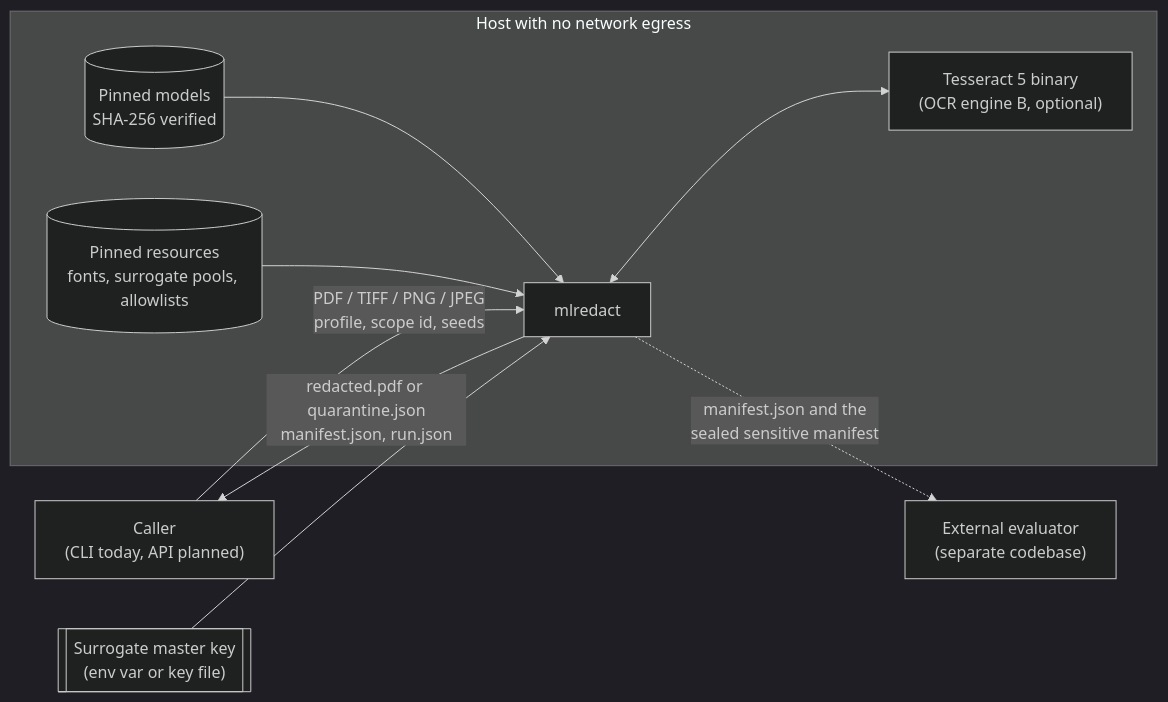
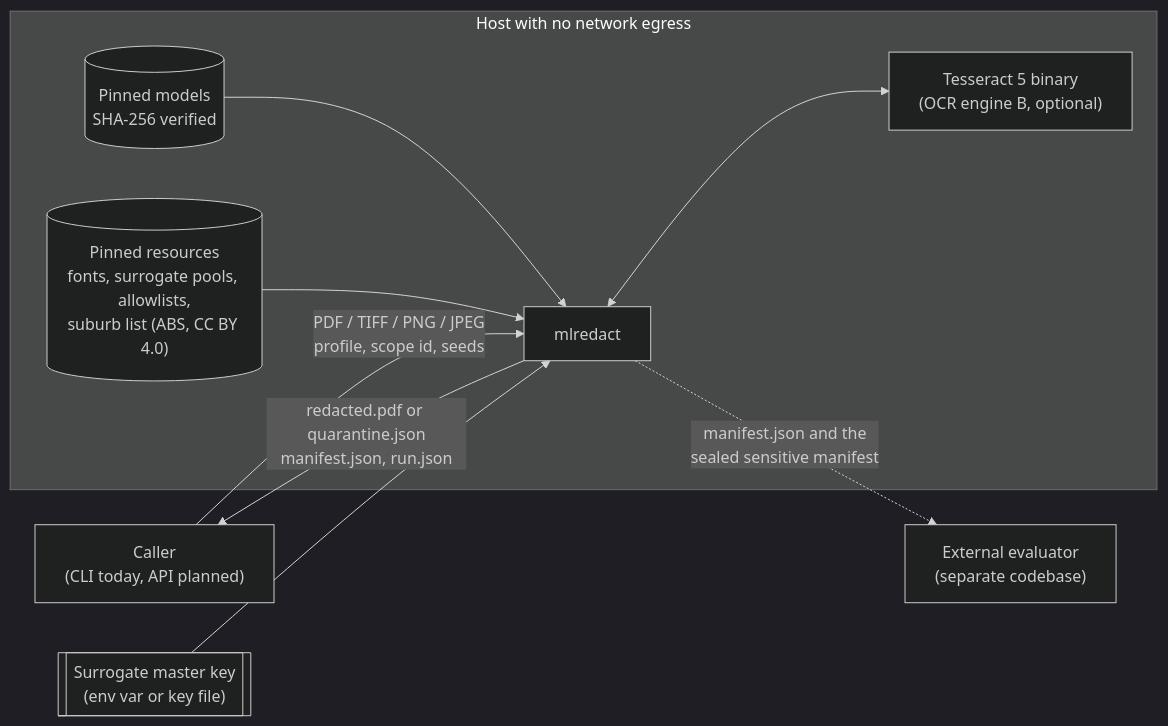
Before and after one commit to anshdeshwal31/redaction_tool_from_scratch_2: the first of 12 diagrams in backend/ARCHITECTURE.md, drawn with Mermaid (dark theme). The commit also changed other lines of this file and 5 other files, not shown here.

````diff
--- a/backend/ARCHITECTURE.md
+++ b/backend/ARCHITECTURE.md
@@ -35,19 +35,19 @@
 ```mermaid
 flowchart LR
   caller["Caller<br/>(CLI today, API planned)"]
   secret[["Surrogate master key<br/>(env var or key file)"]]
   evaluator["External evaluator<br/>(separate codebase)"]
   subgraph host["Host with no network egress"]
     mlr["mlredact"]
     models[("Pinned models<br/>SHA-256 verified")]
-    res[("Pinned resources<br/>fonts, surrogate pools, allowlists")]
+    res[("Pinned resources<br/>fonts, surrogate pools, allowlists,<br/>suburb list (ABS, CC BY 4.0)")]
     tess["Tesseract 5 binary<br/>(OCR engine B, optional)"]
   end
   caller -- "PDF / TIFF / PNG / JPEG<br/>profile, scope id, seeds" --> mlr
   secret --> mlr
   models --> mlr
   res --> mlr
   mlr <--> tess
   mlr -- "redacted.pdf or quarantine.json<br/>manifest.json, run.json" --> caller
   mlr -.->|"manifest.json and the<br/>sealed sensitive manifest"| evaluator
 ```
````
